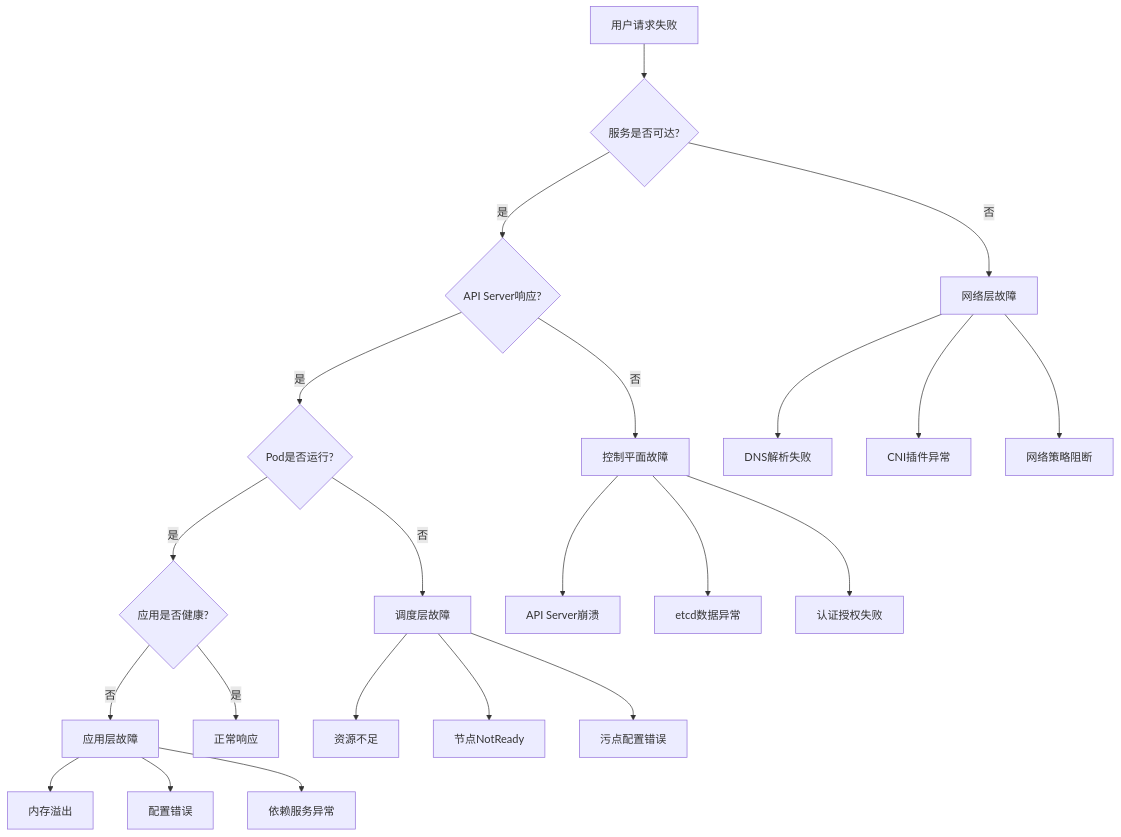
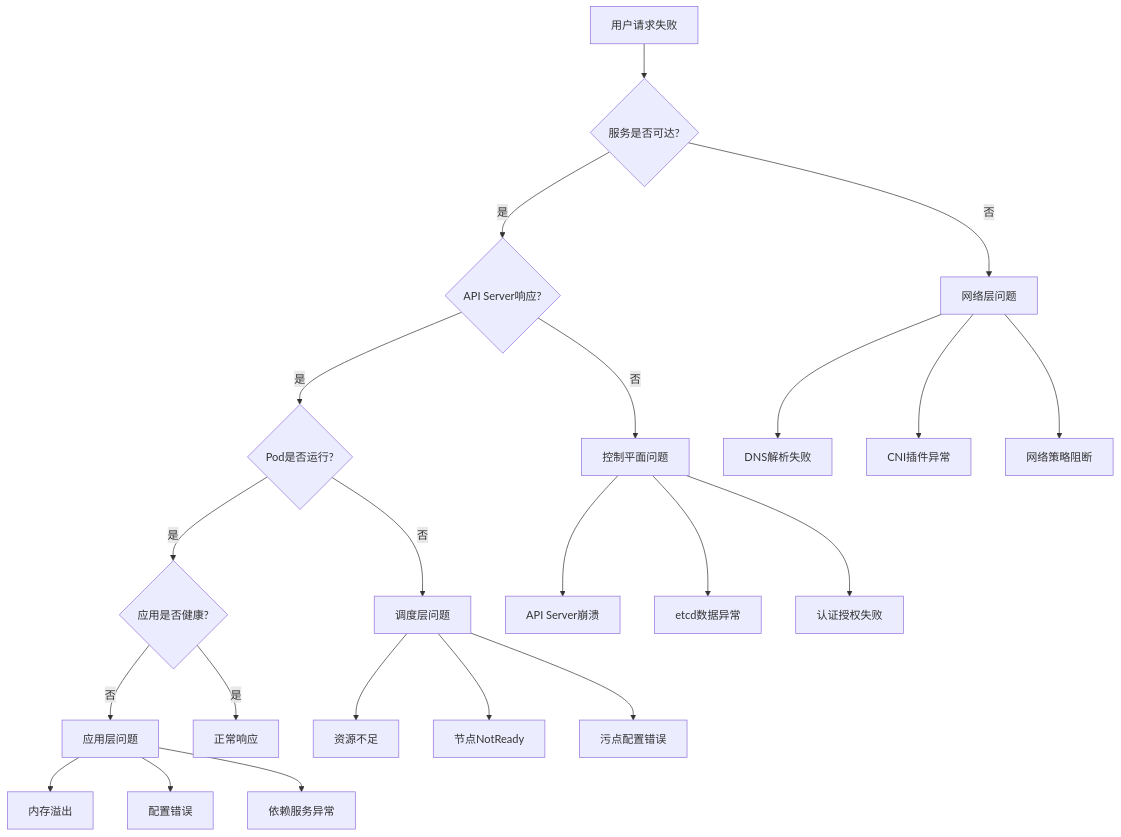
The first of 2 diagrams in domain-17-system-foundation/topic-dictionary/operations/failure-patterns-analysis.md (kudig-io/kudig-database), drawn with Mermaid before and after one commit. The commit also changed other lines of this file and 1236 other files, not shown here.

````diff
--- a/domain-17-system-foundation/topic-dictionary/operations/failure-patterns-analysis.md
+++ b/domain-17-system-foundation/topic-dictionary/operations/failure-patterns-analysis.md
@@ -444,28 +444,28 @@
 ```mermaid
 graph TD
     A[用户请求失败] --> B{服务是否可达?}
-    B -->|否| C[网络层故障]
+    B -->|否| C[网络层问题]
     B -->|是| D{API Server响应?}
-    D -->|否| E[控制平面故障]
+    D -->|否| E[控制平面问题]
     D -->|是| F{Pod是否运行?}
-    F -->|否| G[调度层故障]
+    F -->|否| G[调度层问题]
     F -->|是| H{应用是否健康?}
-    H -->|否| I[应用层故障]
+    H -->|否| I[应用层问题]
     H -->|是| J[正常响应]
     
     C --> C1[DNS解析失败]
     C --> C2[CNI插件异常]
     C --> C3[网络策略阻断]
     
     E --> E1[API Server崩溃]
     E --> E2[etcd数据异常]
     E --> E3[认证授权失败]
     
     G --> G1[资源不足]
     G --> G2[节点NotReady]
     G --> G3[污点配置错误]
     
     I --> I1[内存溢出]
     I --> I2[配置错误]
     I --> I3[依赖服务异常]
 ```
````
